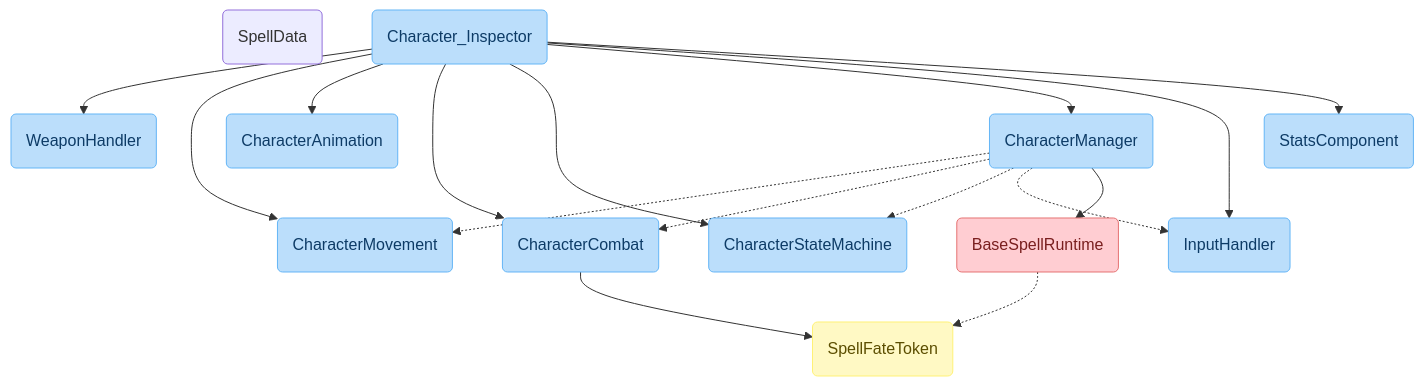
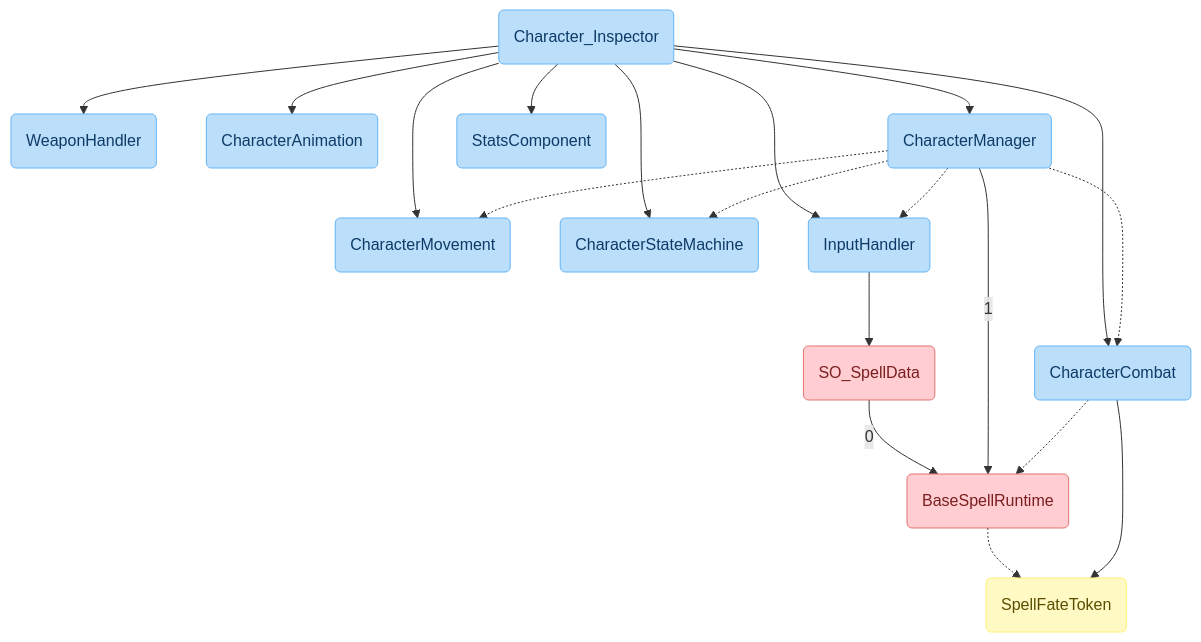
One commit to Montaron/Warming_up changed the first of 2 diagrams in Assets/Notes/Hierarchy_visualisation.md. Above: the diagram before and after it, drawn with Mermaid. The commit also changed other lines of this file and 1 other file, not shown here.

Commit message:
added link between SpellData SO creation and BaseSpellRunTime creation

````diff
--- a/Assets/Notes/Hierarchy_visualisation.md
+++ b/Assets/Notes/Hierarchy_visualisation.md
@@ -3,68 +3,72 @@
 ```mermaid
 flowchart TD
 %% ===== COLOR PALETTE SNIPPET =====
 %% Blue
 classDef blueLight  fill:#BBDEFB,stroke:#64B5F6,color:#0D3B66
 classDef blueMedium fill:#42A5F5,stroke:#1E88E5,color:#fff
 classDef blueHigh   fill:#0D47A1,stroke:#0A3577,color:#fff
 
 %% Red
 classDef redLight  fill:#FFCDD2,stroke:#E57373,color:#7A1F1F
 classDef redMedium fill:#EF5350,stroke:#D32F2F,color:#fff
 classDef redHigh   fill:#B71C1C,stroke:#7F1313,color:#fff
 
 %% Green
 classDef greenLight  fill:#C8E6C9,stroke:#81C784,color:#1B4D20
 classDef greenMedium fill:#66BB6A,stroke:#388E3C,color:#fff
 classDef greenHigh   fill:#1B5E20,stroke:#123D15,color:#fff
 
 %% Yellow
 classDef yellowLight  fill:#FFF9C4,stroke:#FFF176,color:#5C4E00
 classDef yellowMedium fill:#FFEB3B,stroke:#FBC02D,color:#3D3200
 classDef yellowHigh   fill:#F9A825,stroke:#C77800,color:#fff
 %% ===== END PALETTE SNIPPET =====
 %% ===== START VAR SNIPPET ====
-AA(BaseSpellRuntime)
-AAA(SpellFateToken)
-SO_SpellData(SpellData)
+SpellRunTime(BaseSpellRuntime)
+SpellFateToken(SpellFateToken)
+SO_SpellData(SO_SpellData)
 
 %% ===== END VAR SNIPPET ====
 
 %% Objects creation hierarchy 
-A(Character_Inspector)
-A --> B(WeaponHandler)
-A --> C(CharacterMovement)
-A --> D(CharacterAnimation)
-A --> E(CharacterCombat)
-A --> F(CharacterStateMachine)
-A --> G(CharacterManager)
-A --> H(InputHandler)
-A --> I(StatsComponent)
+CharacterInspector(Character_Inspector)
+CharacterInspector --> WeaponHandler(WeaponHandler)
+CharacterInspector --> CharacterMovement(CharacterMovement)
+CharacterInspector --> CharacterAnimation(CharacterAnimation)
+CharacterInspector --> CharacterCombat(CharacterCombat)
+CharacterInspector --> CharacterStateMachine(CharacterStateMachine)
+CharacterInspector --> CharacterStateManager(CharacterManager)
+CharacterInspector --> InputHandler(InputHandler)
+CharacterInspector --> StatsComponent(StatsComponent)
 
 %% References to :
-G -.-> C
-G-.-> E
-G -.-> F
-G -.-> H
-AA -.-> AAA
+CharacterStateManager -.-> CharacterMovement
+CharacterStateManager-.-> CharacterCombat
+CharacterStateManager -.-> CharacterStateMachine
+CharacterStateManager -.-> InputHandler
+SpellRunTime -.-> SpellFateToken
 
 %% Spell System interaction
-G --> AA
+InputHandler --> SO_SpellData
+SO_SpellData -- 0 --> SpellRunTime
+CharacterStateManager -- 1 --> SpellRunTime
+CharacterCombat -.-> SpellRunTime
 
 %% SpellFateToken
-E --> AAA
+CharacterCombat --> SpellFateToken
 
-class A blueLight
-class B blueLight
-class C blueLight
-class D blueLight
-class E blueLight
-class F blueLight
-class G blueLight
-class H blueLight
-class I blueLight
+class CharacterInspector blueLight
+class WeaponHandler blueLight
+class CharacterMovement blueLight
+class CharacterAnimation blueLight
+class CharacterCombat blueLight
+class CharacterStateMachine blueLight
+class CharacterStateManager blueLight
+class InputHandler blueLight
+class StatsComponent blueLight
 
-class AA redLight
+class SpellRunTime redLight
+class SO_SpellData redLight
 
-class AAA yellowLight
+class SpellFateToken yellowLight
 ```
````
